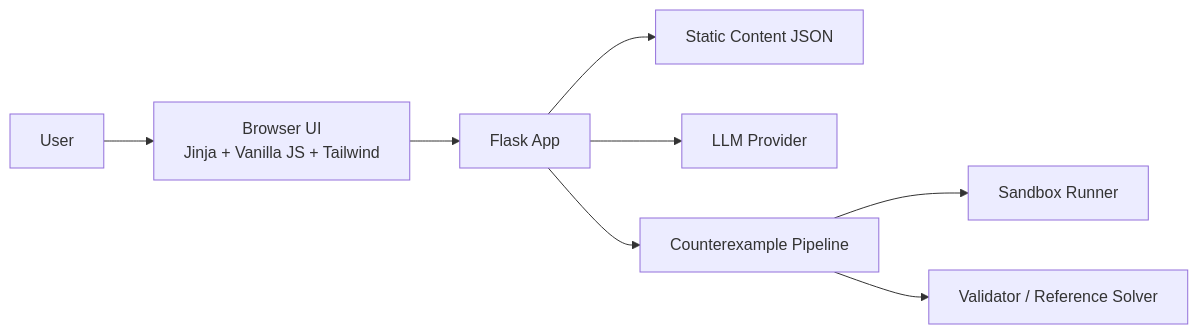
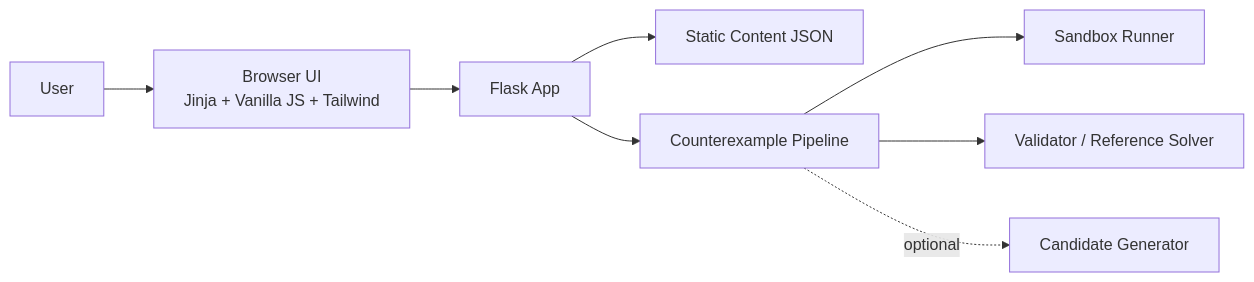
Before and after one commit to SISUinSea/Jungle-AlgoItni: the first of 3 diagrams in docs/02-architecture.md, drawn with Mermaid. The commit also changed other lines of this file and 6 other files, not shown here.

````diff
--- a/docs/02-architecture.md
+++ b/docs/02-architecture.md
@@ -14,10 +14,10 @@
 ```mermaid
 flowchart LR
     U["User"] --> B["Browser UI<br/>Jinja + Vanilla JS + Tailwind"]
     B --> F["Flask App"]
     F --> C["Static Content JSON"]
-    F --> L["LLM Provider"]
     F --> P["Counterexample Pipeline"]
     P --> S["Sandbox Runner"]
     P --> V["Validator / Reference Solver"]
+    P -. optional .-> L["Candidate Generator"]
 ```
````
